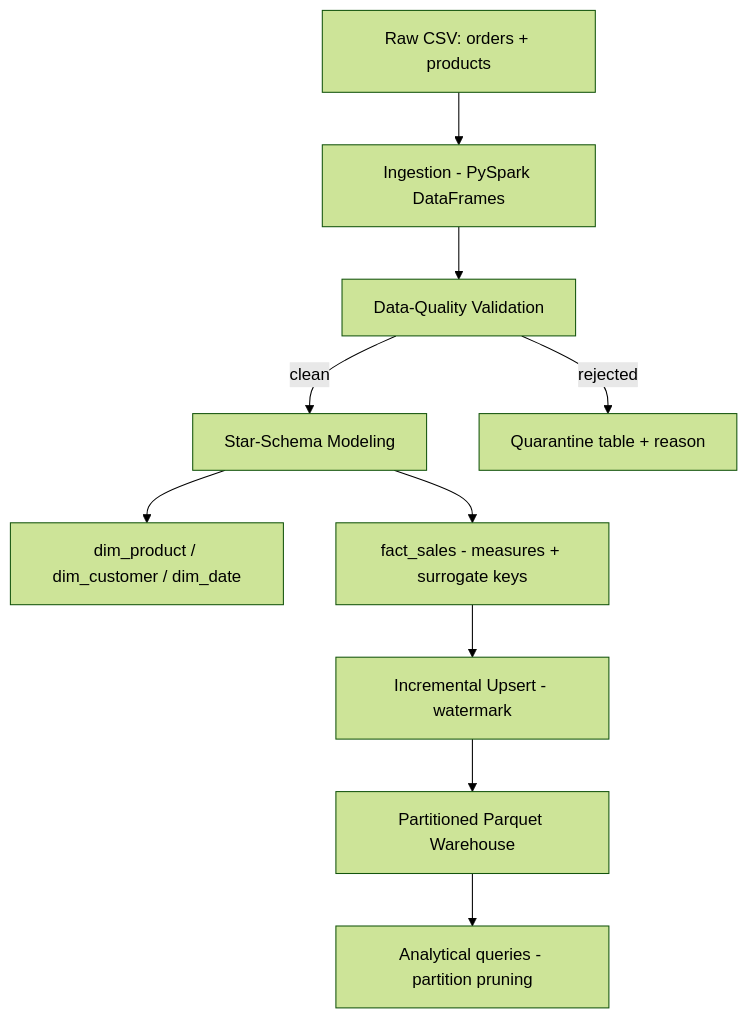
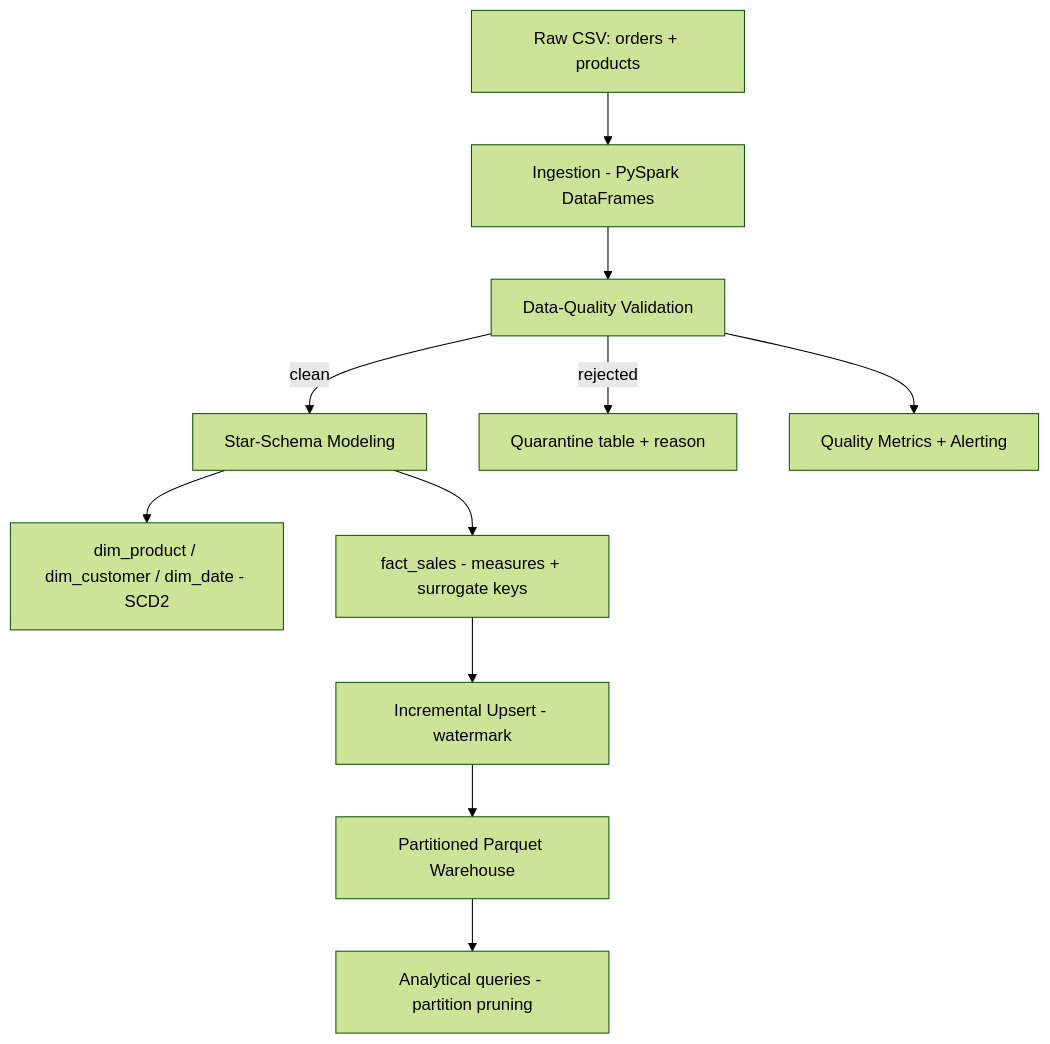
The first of 2 diagrams in README.md (siriscent7/dataforge), drawn with Mermaid (forest theme) before and after one commit. The commit also changed other lines of this file, not shown here.

Commit message:
Update README: SCD Type 2 + data-quality metrics

````diff
--- a/README.md
+++ b/README.md
@@ -21,12 +23,13 @@
 ```mermaid
 flowchart TD
     RAW[Raw CSV: orders + products] --> INGEST[Ingestion - PySpark DataFrames]
     INGEST --> VALIDATE[Data-Quality Validation]
     VALIDATE -->|clean| MODEL[Star-Schema Modeling]
     VALIDATE -->|rejected| QUARANTINE[Quarantine table + reason]
-    MODEL --> DIMS[dim_product / dim_customer / dim_date]
+    VALIDATE --> METRICS[Quality Metrics + Alerting]
+    MODEL --> DIMS[dim_product / dim_customer / dim_date - SCD2]
     MODEL --> FACT[fact_sales - measures + surrogate keys]
     FACT --> LOAD[Incremental Upsert - watermark]
     LOAD --> WAREHOUSE[Partitioned Parquet Warehouse]
     WAREHOUSE --> QUERY[Analytical queries - partition pruning]
 ```
````
